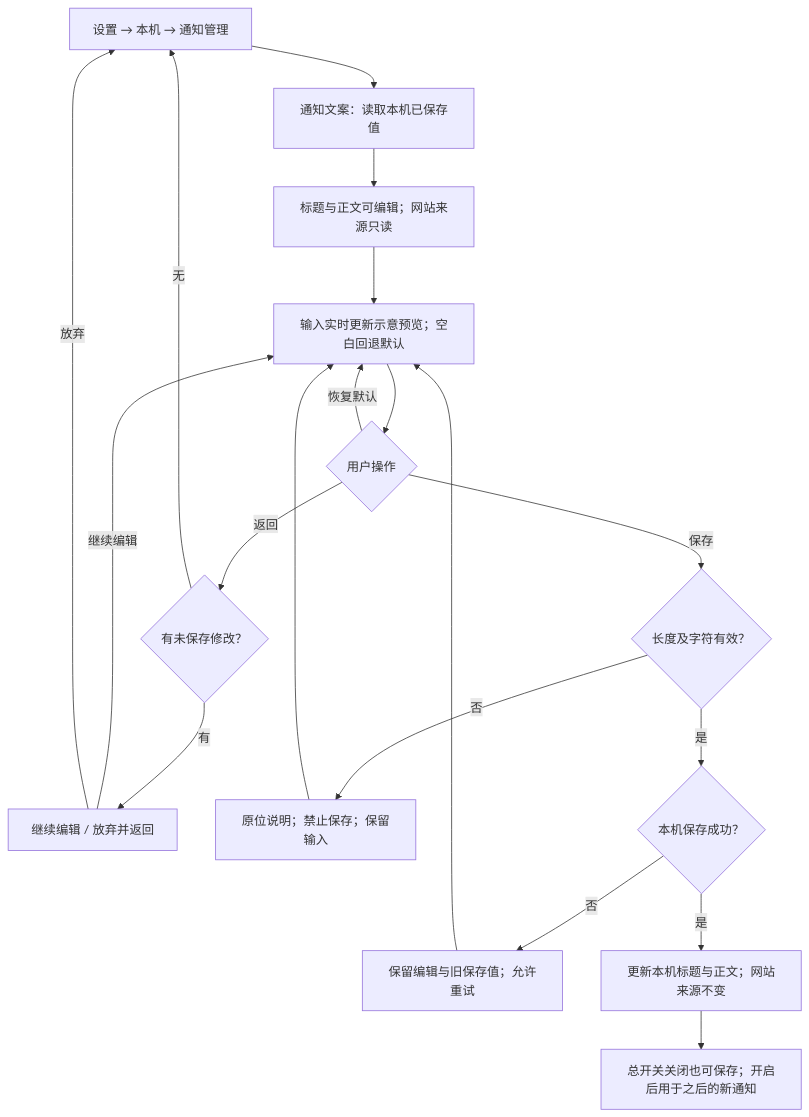
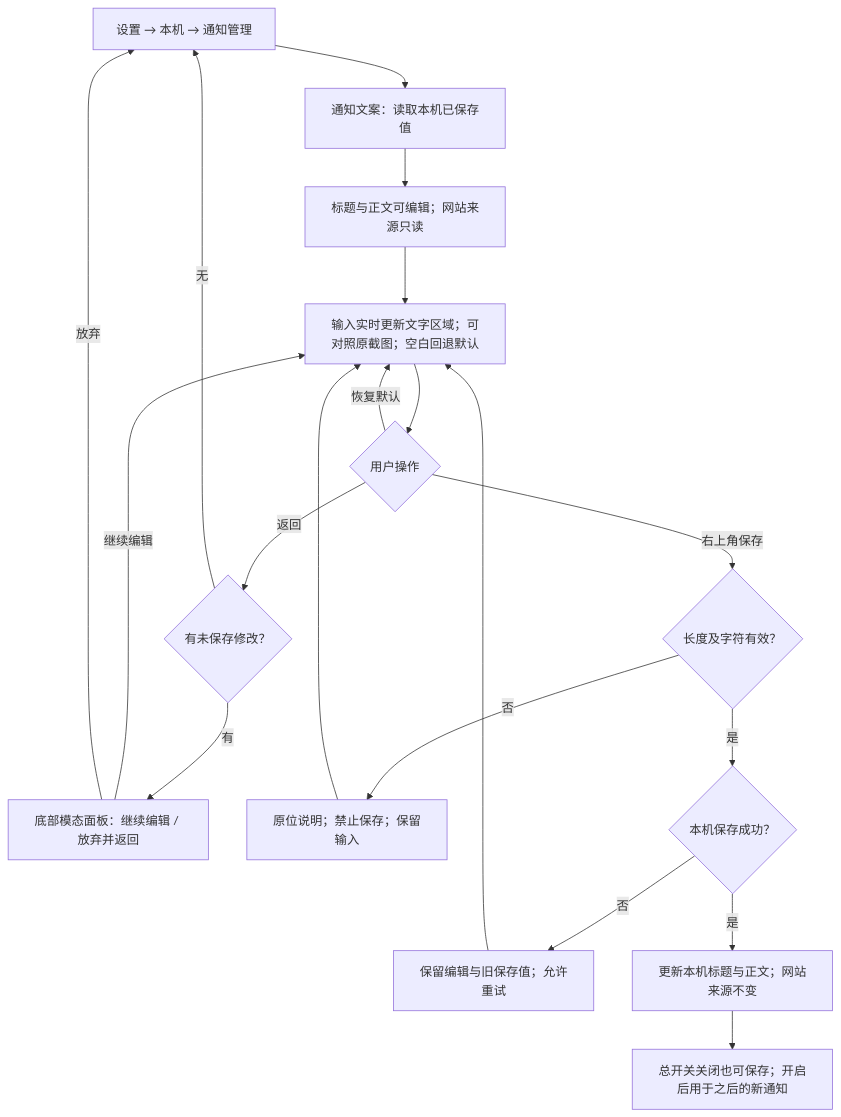
Before and after one commit to zdaiwmm/shui-IM: the first of 2 diagrams in docs/requirements/2026-10-09-notification-copy/flow.md, drawn with Mermaid. The commit also changed other lines of this file and 7 other files, not shown here.

````diff
--- a/docs/requirements/2026-10-09-notification-copy/flow.md
+++ b/docs/requirements/2026-10-09-notification-copy/flow.md
@@ -5,21 +5,21 @@
 ```mermaid
 flowchart TD
   A[设置 → 本机 → 通知管理] --> B[通知文案：读取本机已保存值]
   B --> C[标题与正文可编辑；网站来源只读]
-  C --> D[输入实时更新示意预览；空白回退默认]
+  C --> D[输入实时更新文字区域；可对照原截图；空白回退默认]
   D --> E{用户操作}
   E -->|恢复默认| D
   E -->|返回| F{有未保存修改？}
   F -->|无| A
-  F -->|有| G[继续编辑 / 放弃并返回]
+  F -->|有| G[底部模态面板：继续编辑 / 放弃并返回]
   G -->|继续编辑| D
   G -->|放弃| A
-  E -->|保存| H{长度及字符有效？}
+  E -->|右上角保存| H{长度及字符有效？}
   H -->|否| I[原位说明；禁止保存；保留输入]
   I --> D
   H -->|是| J{本机保存成功？}
   J -->|否| K[保留编辑与旧保存值；允许重试]
   K --> D
   J -->|是| L[更新本机标题与正文；网站来源不变]
   L --> M[总开关关闭也可保存；开启后用于之后的新通知]
 ```
````
